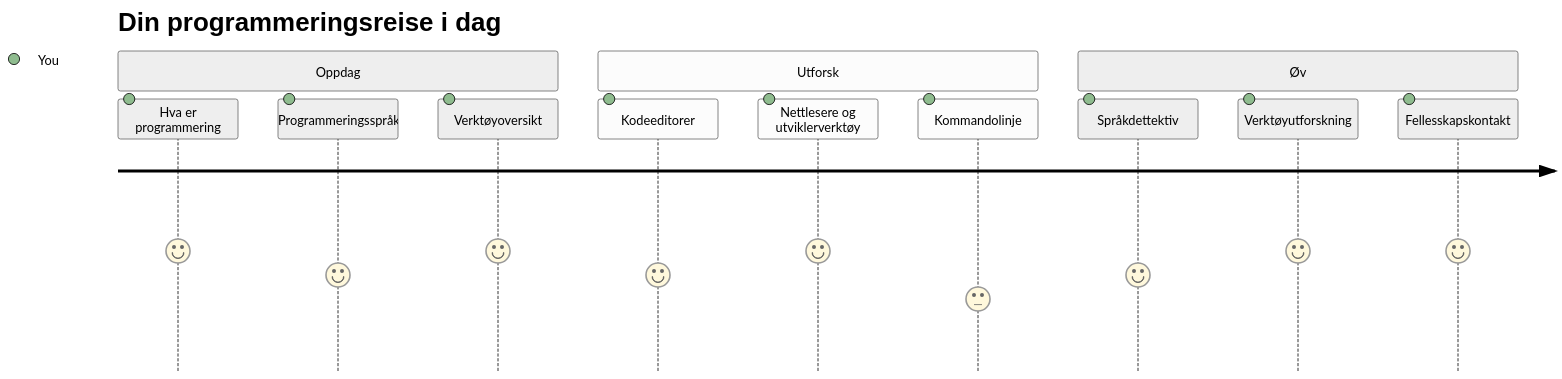
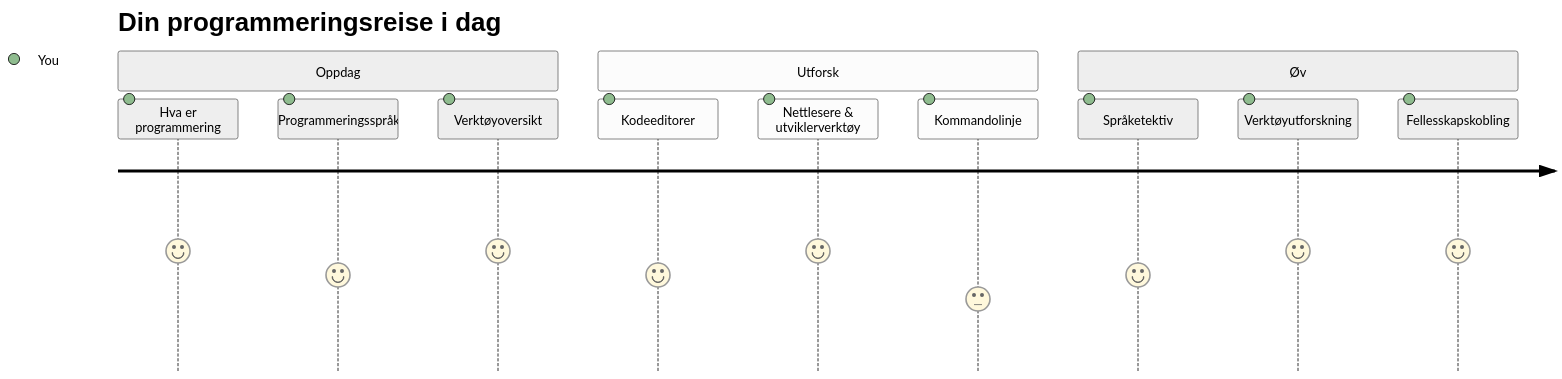
The first of 7 diagrams in translations/no/1-getting-started-lessons/1-intro-to-programming-languages/README.md (microsoft/Web-Dev-For-Beginners), drawn with Mermaid (neutral theme) before and after one commit. The commit also changed other lines of this file and 11 other files, not shown here.

````diff
--- a/translations/no/1-getting-started-lessons/1-intro-to-programming-languages/README.md
+++ b/translations/no/1-getting-started-lessons/1-intro-to-programming-languages/README.md
@@ -14,16 +14,16 @@
 ```mermaid
 journey
     title Din programmeringsreise i dag
     section Oppdag
       Hva er programmering: 5: You
       Programmeringsspråk: 4: You
       Verktøyoversikt: 5: You
     section Utforsk
       Kodeeditorer: 4: You
-      Nettlesere og utviklerverktøy: 5: You
+      Nettlesere & utviklerverktøy: 5: You
       Kommandolinje: 3: You
     section Øv
-      Språkdettektiv: 4: You
+      Språketektiv: 4: You
       Verktøyutforskning: 5: You
-      Fellesskapskontakt: 5: You
+      Fellesskapskobling: 5: You
 ```
````
